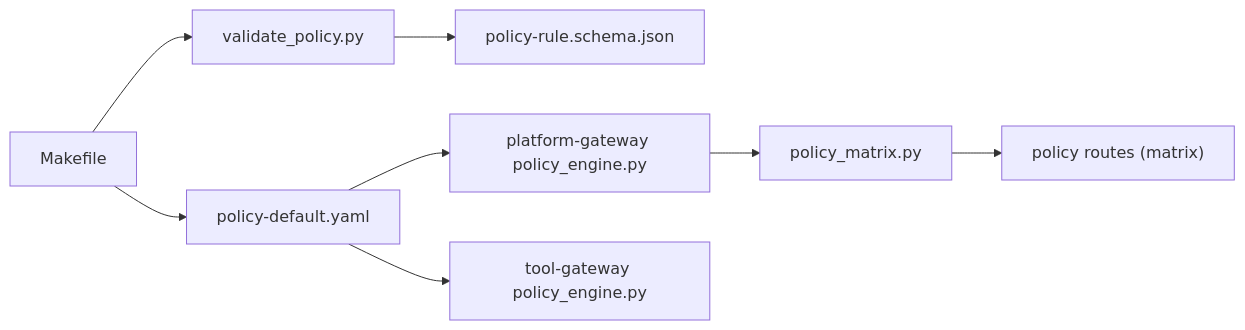
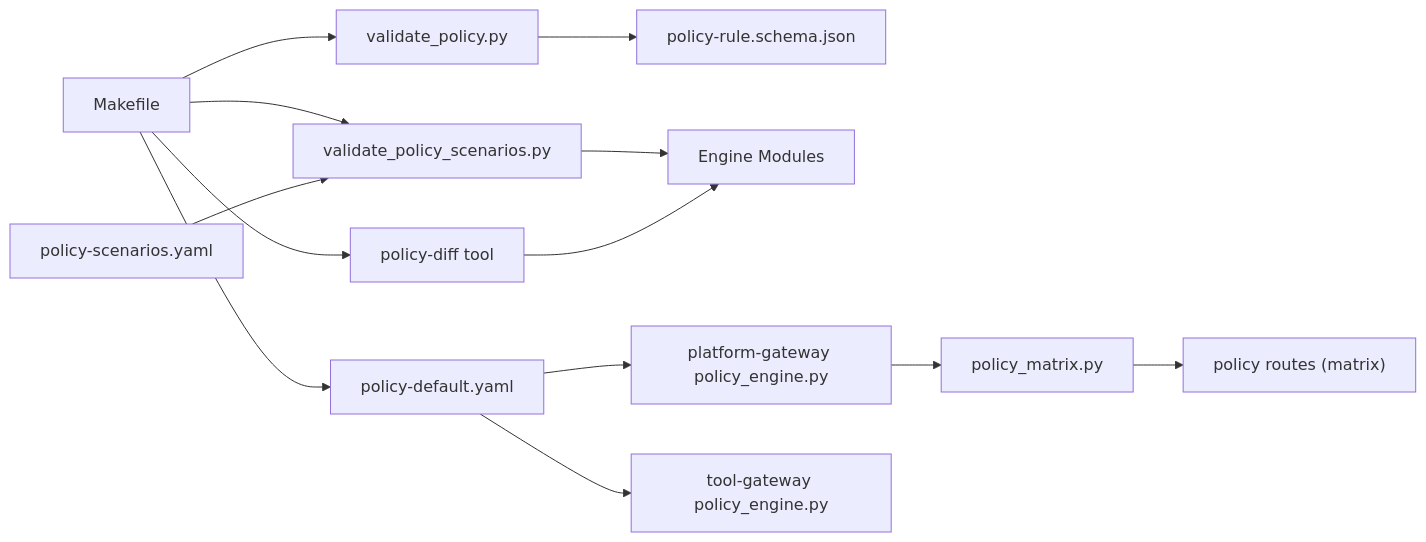
The seventh of 7 diagrams in .qoder/repowiki/en/content/Policy Management/Policy Rollout Controls Spike.md (metasync/luban-aiops), drawn with Mermaid before and after one commit. The commit also changed other lines of this file and 16 other files, not shown here.

````diff
--- a/.qoder/repowiki/en/content/Policy Management/Policy Rollout Controls Spike.md
+++ b/.qoder/repowiki/en/content/Policy Management/Policy Rollout Controls Spike.md
@@ -296,10 +374,15 @@
 ```mermaid
 graph LR
 V["validate_policy.py"] --> S["policy-rule.schema.json"]
+SH["validate_policy_scenarios.py"] --> ENG["Engine Modules"]
+MD["policy-diff tool"] --> ENG
 M["Makefile"] --> V
+M --> SH
+M --> MD
 M --> P["policy-default.yaml"]
 P --> EP["platform-gateway policy_engine.py"]
 P --> TP["tool-gateway policy_engine.py"]
 EP --> PM["policy_matrix.py"]
 PM --> R["policy routes (matrix)"]
+SC["policy-scenarios.yaml"] --> SH
 ```
````
